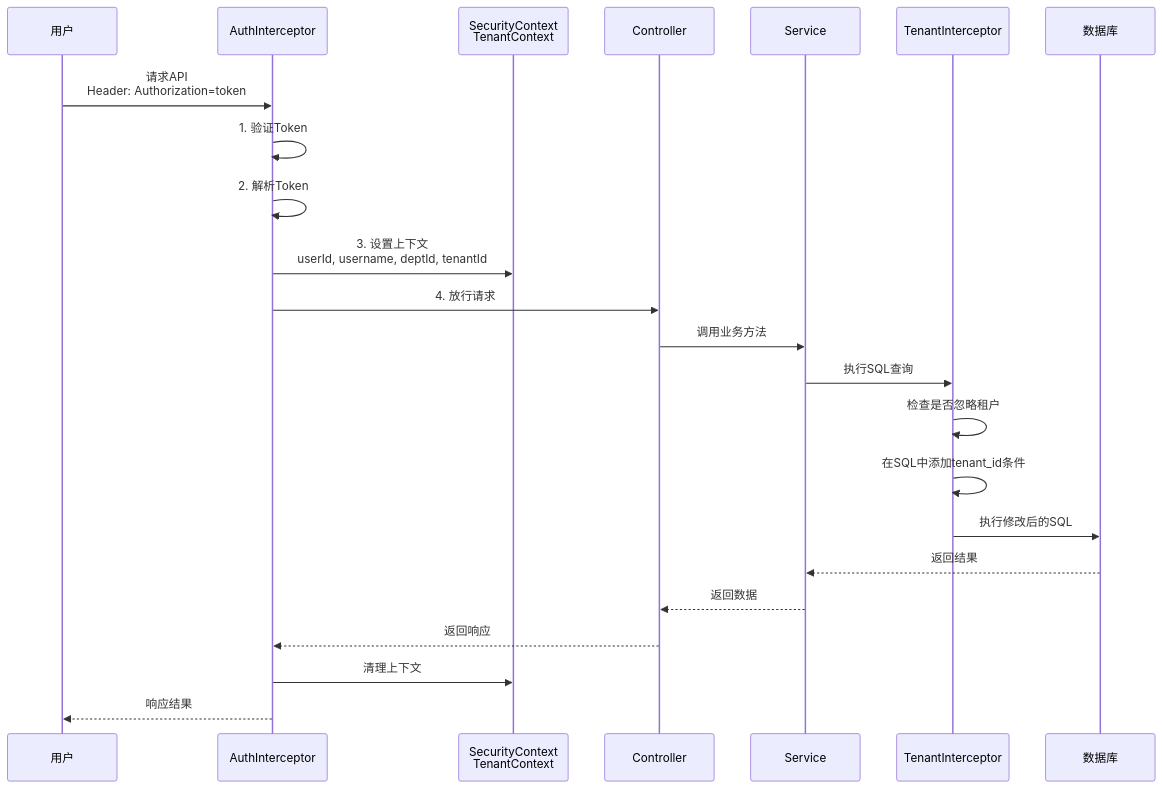
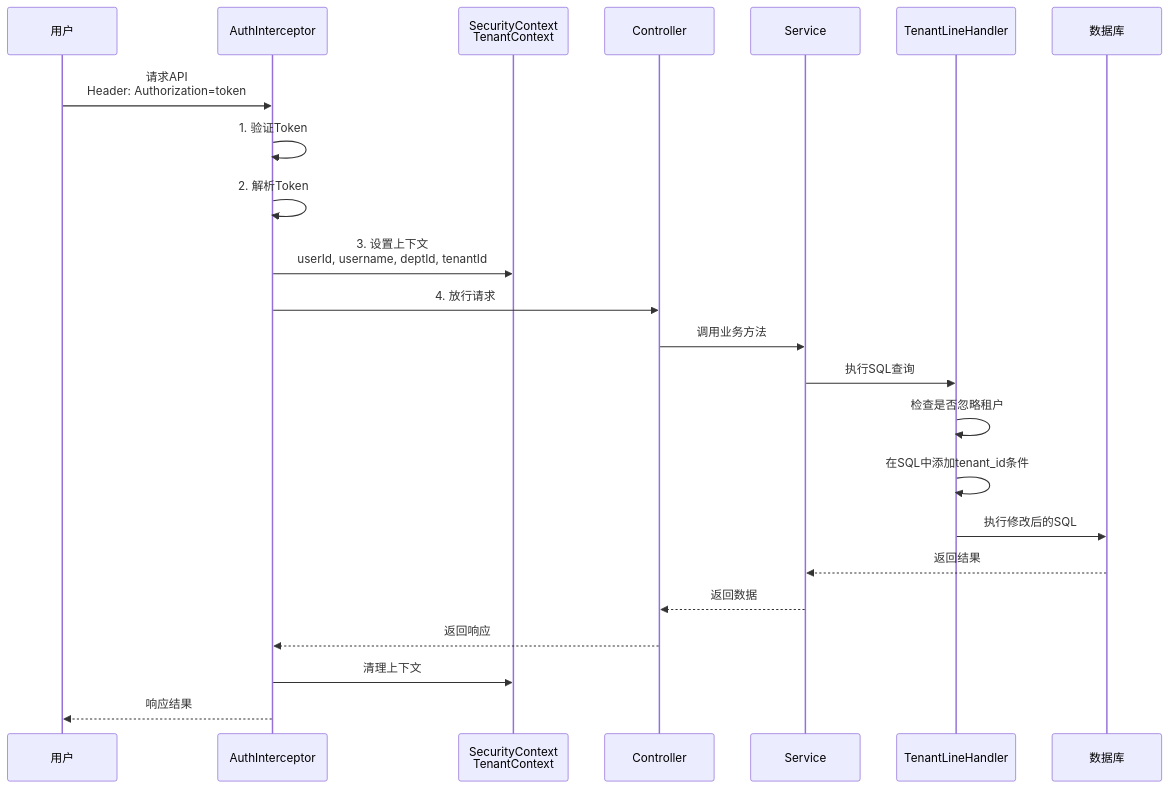
One commit to YJH-JianHui/Base changed the third of 7 diagrams in src/main/resources/static/Base项目方案/授权认证流程说明.md. Above: the diagram before and after it, drawn with Mermaid. The commit also changed other lines of this file and 5 other files, not shown here.

````diff
--- a/src/main/resources/static/Base项目方案/授权认证流程说明.md
+++ b/src/main/resources/static/Base项目方案/授权认证流程说明.md
@@ -188,26 +189,26 @@
 ```mermaid
 sequenceDiagram
     participant User as 用户
     participant Web as AuthInterceptor
     participant Context as SecurityContext<br/>TenantContext
     participant Controller as Controller
     participant Service as Service
-    participant MybatisT as TenantInterceptor
+    participant MybatisT as TenantLineHandler
     participant DB as 数据库
 
     User->>Web: 请求API<br/>Header: Authorization=token
     Web->>Web: 1. 验证Token
     Web->>Web: 2. 解析Token
     Web->>Context: 3. 设置上下文<br/>userId, username, deptId, tenantId
     Web->>Controller: 4. 放行请求
     Controller->>Service: 调用业务方法
     Service->>MybatisT: 执行SQL查询
     MybatisT->>MybatisT: 检查是否忽略租户
     MybatisT->>MybatisT: 在SQL中添加tenant_id条件
     MybatisT->>DB: 执行修改后的SQL
     DB-->>Service: 返回结果
     Service-->>Controller: 返回数据
     Controller-->>Web: 返回响应
     Web->>Context: 清理上下文
     Web-->>User: 响应结果
 ```
````
